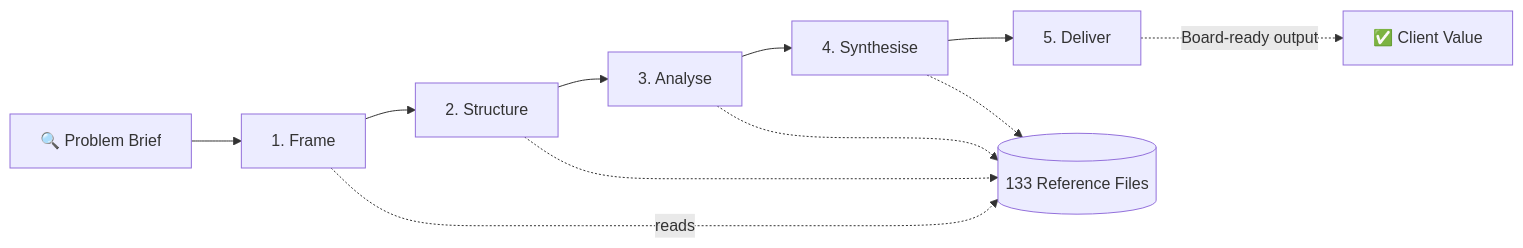
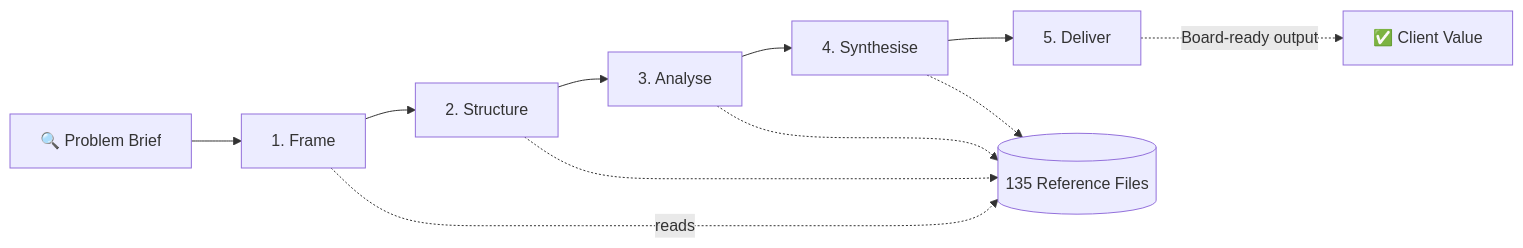
One commit to DogInfantry/claude-skill-management-consultant-B1 changed the first of 4 diagrams in README.md. Above: the diagram before and after it, drawn with Mermaid. The commit also changed other lines of this file and 6 other files, not shown here.

````diff
--- a/README.md
+++ b/README.md
@@ -48,14 +48,14 @@
 ```mermaid
 flowchart LR
     A["🔍 Problem Brief"] --> B["1. Frame"]
     B --> C["2. Structure"]
     C --> D["3. Analyse"]
     D --> E["4. Synthesise"]
     E --> F["5. Deliver"]
 
-    B -.->|reads| G[("133 Reference Files")]
+    B -.->|reads| G[("135 Reference Files")]
     C -.-> G
     D -.-> G
     E -.-> G
     F -.->|"Board-ready output"| H["✅ Client Value"]
 ```
````
